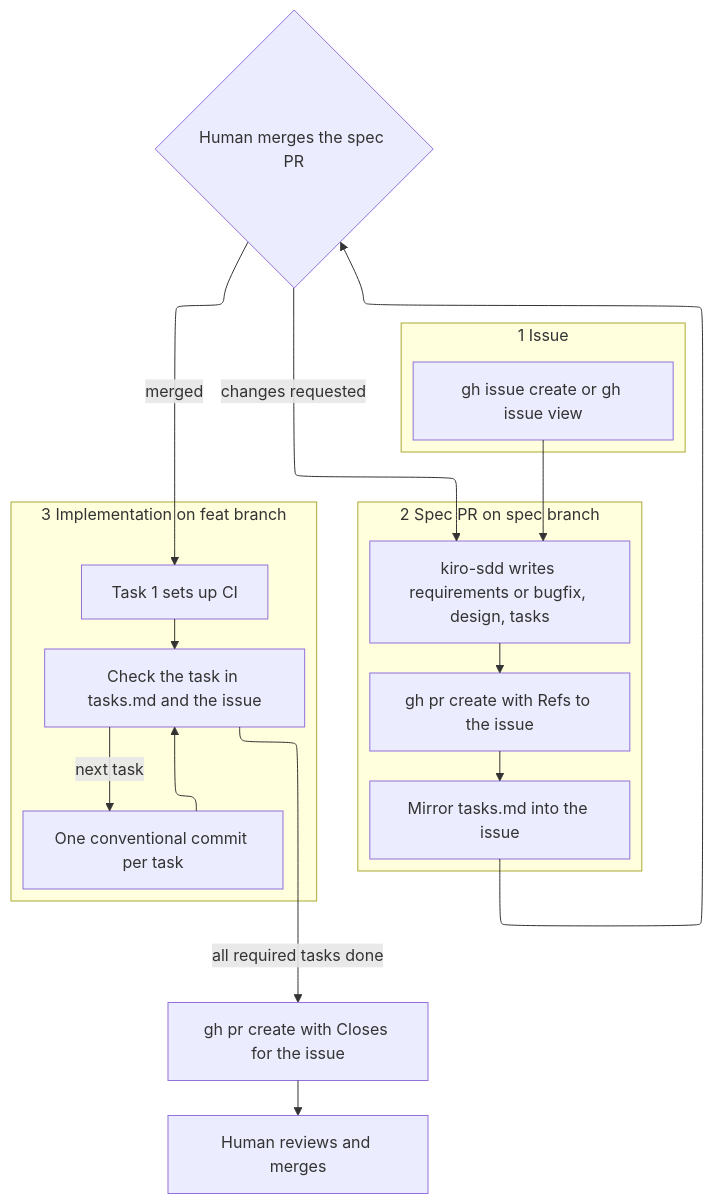
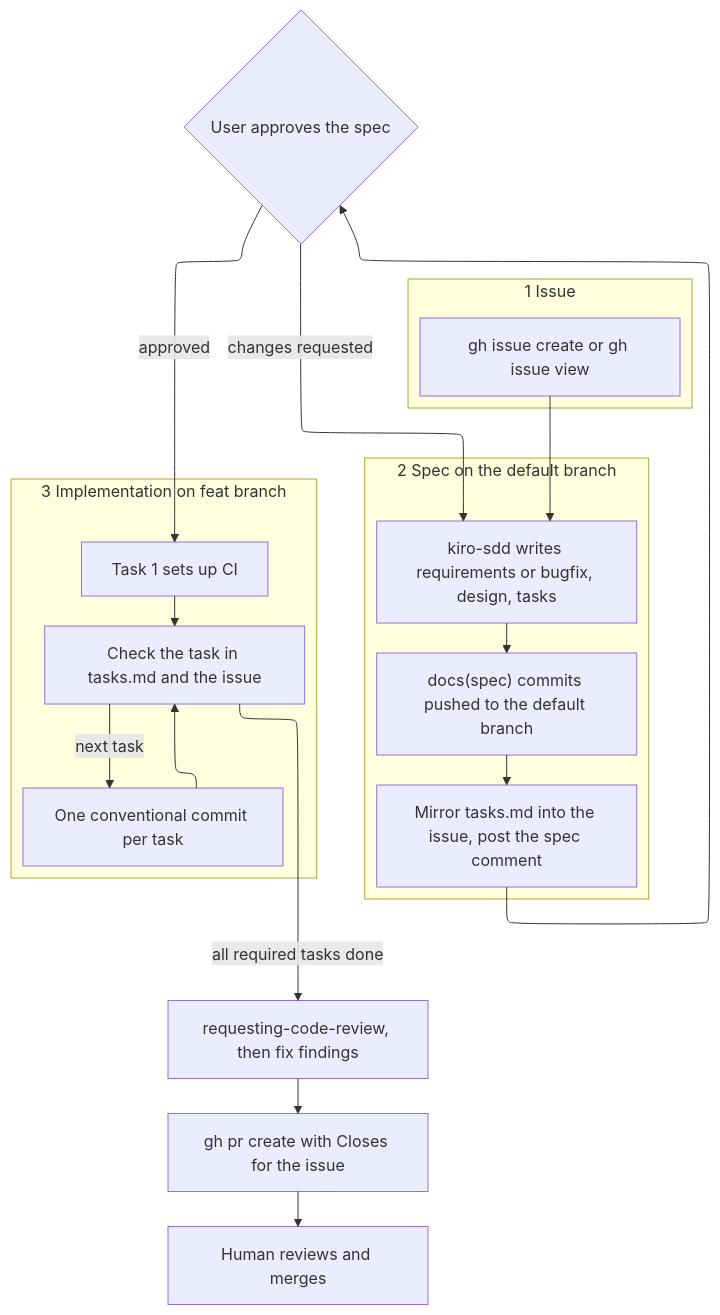
The diagram in skills/kiro-github-pipeline/SKILL.md (sohampatwardhan/kiro-sdd-skills), drawn with Mermaid before and after one commit. The commit also changed other lines of this file and 17 other files, not shown here.

````diff
--- a/skills/kiro-github-pipeline/SKILL.md
+++ b/skills/kiro-github-pipeline/SKILL.md
@@ -19,34 +21,36 @@
 ```mermaid
 ---
 config:
   layout: elk
 ---
 flowchart TB
   subgraph issueStage [1 Issue]
     issue["gh issue create or gh issue view"]
   end
-  subgraph specStage [2 Spec PR on spec branch]
+  subgraph specStage [2 Spec on the default branch]
     spec["kiro-sdd writes requirements or bugfix, design, tasks"]
-    specPr["gh pr create with Refs to the issue"]
-    sync1["Mirror tasks.md into the issue"]
+    push["docs(spec) commits pushed to the default branch"]
+    sync1["Mirror tasks.md into the issue, post the spec comment"]
   end
-  gate{"Human merges the spec PR"}
+  gate{"User approves the spec"}
   subgraph implStage [3 Implementation on feat branch]
     ci["Task 1 sets up CI"]
     work["One conventional commit per task"]
     sync2["Check the task in tasks.md and the issue"]
   end
+  review["requesting-code-review, then fix findings"]
   implPr["gh pr create with Closes for the issue"]
   human["Human reviews and merges"]
   issue --> spec
-  spec --> specPr
-  specPr --> sync1
+  spec --> push
+  push --> sync1
   sync1 --> gate
   gate -->|"changes requested"| spec
-  gate -->|"merged"| ci
+  gate -->|"approved"| ci
   ci --> sync2
   work --> sync2
   sync2 -->|"next task"| work
-  sync2 -->|"all required tasks done"| implPr
+  sync2 -->|"all required tasks done"| review
+  review --> implPr
   implPr --> human
 ```
````
